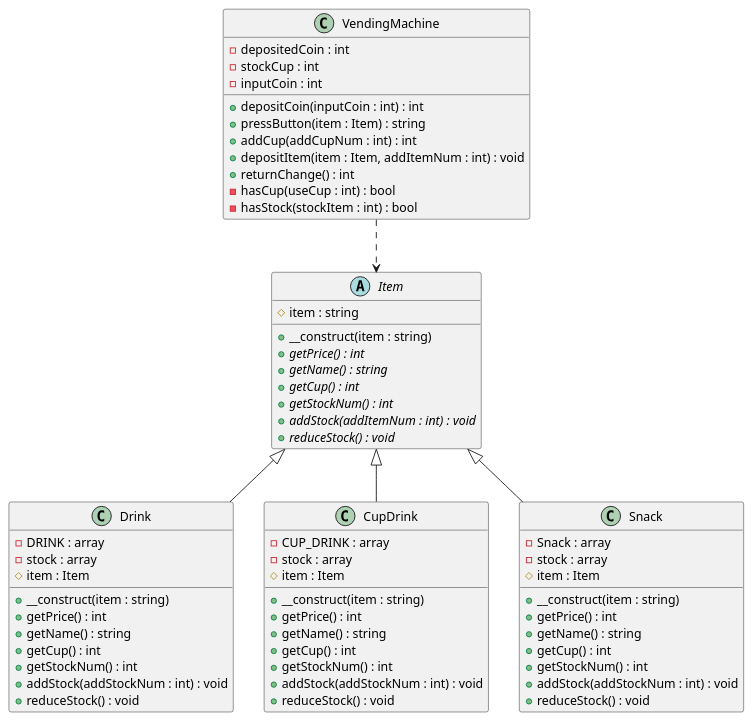
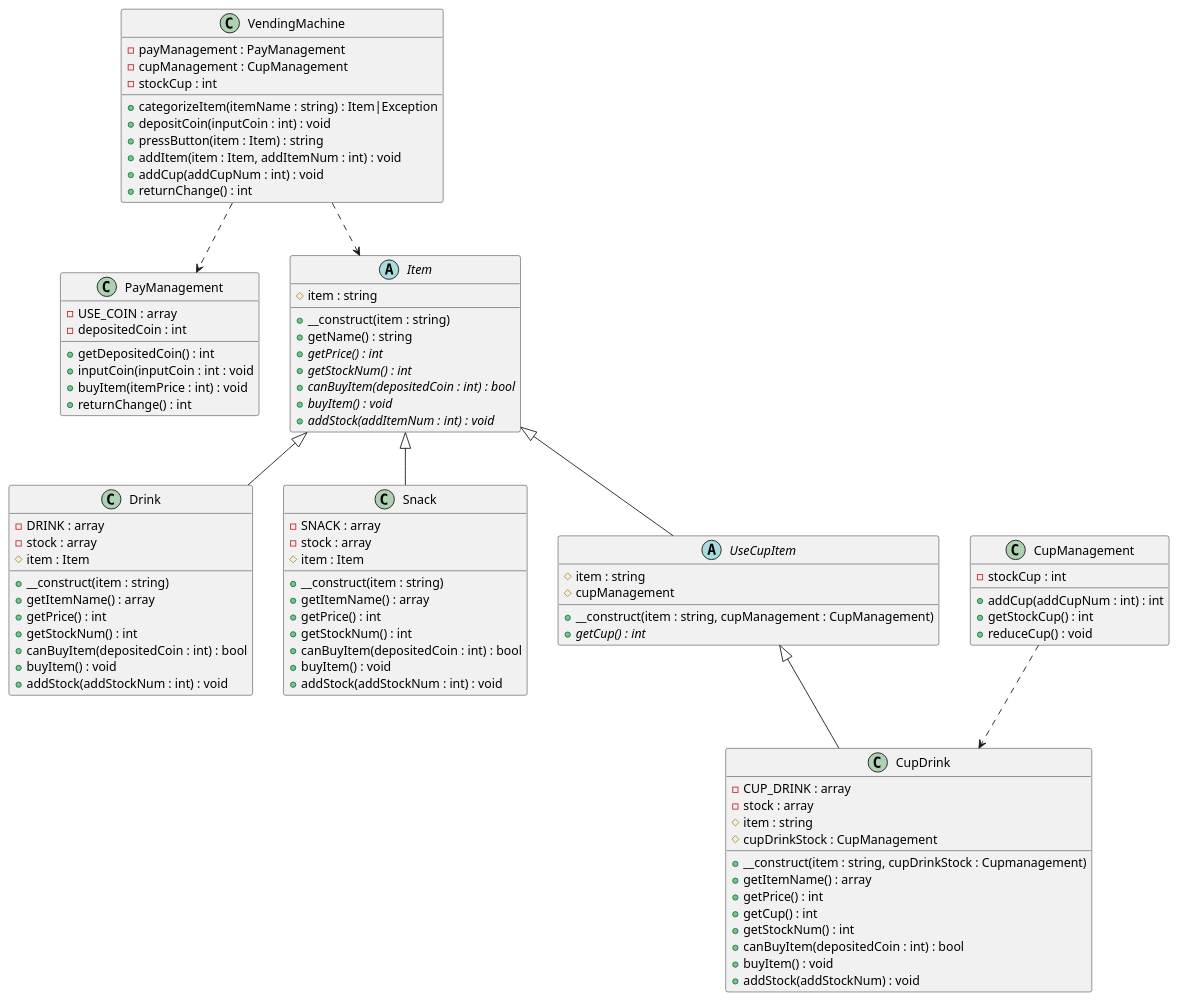
Before and after one commit to yoshidasyoki/lesson-oop: the diagram in src/plantUML/vendingMachine/classDiagram.pu, drawn with PlantUML. The commit also changed 14 other files, not shown here.

```diff
--- a/src/plantUML/vendingMachine/classDiagram.pu
+++ b/src/plantUML/vendingMachine/classDiagram.pu
@@ -1,67 +1,92 @@
 @startuml
 class VendingMachine {
+  - payManagement : PayManagement
+  - cupManagement : CupManagement
+  + categorizeItem(itemName : string) : Item|Exception
+  + depositCoin(inputCoin : int) : void
+  + pressButton(item : Item) : string
+  + addItem(item : Item, addItemNum : int) : void
+  + addCup(addCupNum : int) : void
+  + returnChange() : int
+  - stockCup : int
+}
+class PayManagement {
+  - USE_COIN : array
   - depositedCoin : int
+  + getDepositedCoin() : int
+  + inputCoin(inputCoin : int : void
+  + buyItem(itemPrice : int) : void
+  + returnChange() : int
+}
+class CupManagement {
   - stockCup : int
-  - inputCoin : int
-  + depositCoin(inputCoin : int) : int
-  + pressButton(item : Item) : string
   + addCup(addCupNum : int) : int
-  + depositItem(item : Item, addItemNum : int) : void
-  + returnChange() : int
-  - hasCup(useCup : int) : bool
-  - hasStock(stockItem : int) : bool
+  + getStockCup() : int
+  + reduceCup() : void
 }
-
+abstract class Item {
+  # item : string
+  + __construct(item : string)
+  + getName() : string
+  {abstract} + getPrice() : int
+  {abstract} + getStockNum() : int
+  {abstract} + canBuyItem(depositedCoin : int) : bool
+  {abstract} + buyItem() : void
+  {abstract} + addStock(addItemNum : int) : void
+}
 class Drink {
   - DRINK : array
   - stock : array
   # item : Item
   + __construct(item : string)
+  + getItemName() : array
   + getPrice() : int
-  + getName() : string
-  + getCup() : int
   + getStockNum() : int
+  + canBuyItem(depositedCoin : int) : bool
+  + buyItem() : void
   + addStock(addStockNum : int) : void
-  + reduceStock() : void
 }
+class Snack {
+  - SNACK : array
+  - stock : array
+  # item : Item
+  + __construct(item : string)
+  + getItemName() : array
+  + getPrice() : int
+  + getStockNum() : int
+  + canBuyItem(depositedCoin : int) : bool
+  + buyItem() : void
+  + addStock(addStockNum : int) : void
+}
+
+abstract class UseCupItem {
+  # item : string
+  # cupManagement
+  + __construct(item : string, cupManagement : CupManagement)
+  {abstract} + getCup() : int
+}
+
 class CupDrink {
   - CUP_DRINK : array
   - stock : array
-  # item : Item
-  + __construct(item : string)
+  # item : string
+  # cupDrinkStock : CupManagement
+  + __construct(item : string, cupDrinkStock : Cupmanagement)
+  + getItemName() : array
   + getPrice() : int
-  + getName() : string
   + getCup() : int
   + getStockNum() : int
-  + addStock(addStockNum : int) : void
-  + reduceStock() : void
-}
-class Snack {
-  - Snack : array
-  - stock : array
-  # item : Item
-  + __construct(item : string)
-  + getPrice() : int
-  + getName() : string
-  + getCup() : int
-  + getStockNum() : int
-  + addStock(addStockNum : int) : void
-  + reduceStock() : void
+  + canBuyItem(depositedCoin : int) : bool
+  + buyItem() : void
+  + addStock(addStockNum) : void
 }
 
-abstract class Item {
-  # item : string
-  + __construct(item : string)
-  {abstract} + getPrice() : int
-  {abstract} + getName() : string
-  {abstract} + getCup() : int
-  {abstract} + getStockNum() : int
-  {abstract} + addStock(addItemNum : int) : void
-  {abstract} + reduceStock() : void
-}
 
 Item <|-- Drink
-Item <|-- CupDrink
 Item <|-- Snack
+Item <|-- UseCupItem
+UseCupItem <|-- CupDrink
+CupManagement ..> CupDrink
 VendingMachine ..> Item
+VendingMachine ..> PayManagement
 @enduml
```
